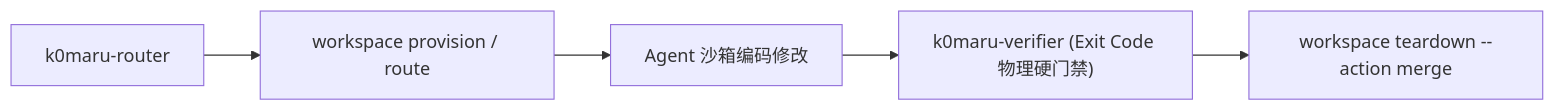
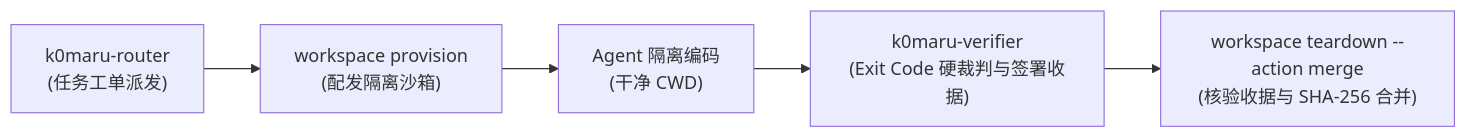
One commit to K0maru/k0maru-agent-workspace changed the third of 3 diagrams in README_CN.md. Above: the diagram before and after it, drawn with Mermaid. The commit also changed other lines of this file and 1 other file, not shown here.

Commit message:
docs(readme): document No-Receipt-No-Merge invariant and SHA-256 patch verification

````diff
--- a/README_CN.md
+++ b/README_CN.md
@@ -141,7 +218,7 @@
   ```mermaid
   flowchart LR
-      Router["k0maru-router"] --> Provision["workspace provision / route"]
-      Provision --> Agent["Agent 沙箱编码修改"]
-      Agent --> Verifier["k0maru-verifier (Exit Code 物理硬门禁)"]
-      Verifier --> Merge["workspace teardown --action merge"]
+      Router["k0maru-router<br/>(任务工单派发)"] --> Provision["workspace provision<br/>(配发隔离沙箱)"]
+      Provision --> Agent["Agent 隔离编码<br/>(干净 CWD)"]
+      Agent --> Verifier["k0maru-verifier<br/>(Exit Code 硬裁判与签署收据)"]
+      Verifier --> Merge["workspace teardown --action merge<br/>(核验收据与 SHA-256 合并)"]
   ```
````
